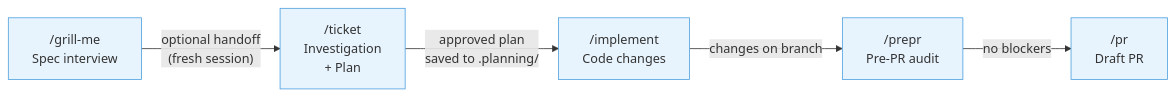
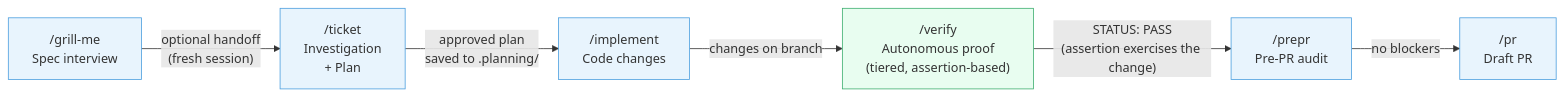
The first of 9 diagrams in WORKFLOW.md (ahsan0444/jintech-omg-dev), drawn with Mermaid before and after one commit. The commit also changed other lines of this file and 39 other files, not shown here.

First line of the commit message:
feat(agent-os): product-graph MCP + autonomous verify trust core (v1.3.0)

````diff
--- a/WORKFLOW.md
+++ b/WORKFLOW.md
@@ -5,19 +5,22 @@
 ```mermaid
 flowchart LR
     GM["/grill-me\nSpec interview"]
     TK["/ticket\nInvestigation\n+ Plan"]
     IM["/implement\nCode changes"]
+    VF["/verify\nAutonomous proof\n(tiered, assertion-based)"]
     PR_["/prepr\nPre-PR audit"]
     PR["/pr\nDraft PR"]
 
     GM -->|"optional handoff\n(fresh session)"| TK
     TK -->|"approved plan\nsaved to .planning/"| IM
-    IM -->|"changes on branch"| PR_
+    IM -->|"changes on branch"| VF
+    VF -->|"STATUS: PASS\n(assertion exercises the change)"| PR_
     PR_ -->|"no blockers"| PR
 
     style GM fill:#e8f4fd,stroke:#4a9ede
     style TK fill:#e8f4fd,stroke:#4a9ede
     style IM fill:#e8f4fd,stroke:#4a9ede
+    style VF fill:#e8fdf0,stroke:#3cae6e
     style PR_ fill:#e8f4fd,stroke:#4a9ede
     style PR fill:#e8f4fd,stroke:#4a9ede
 ```
````
